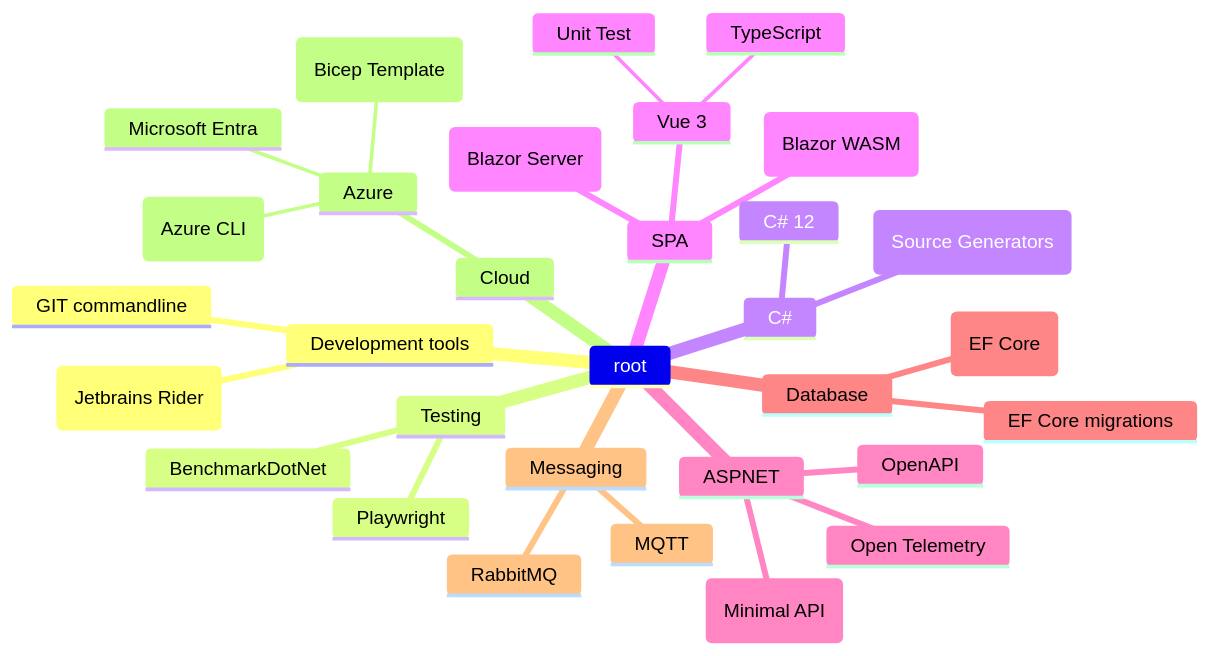
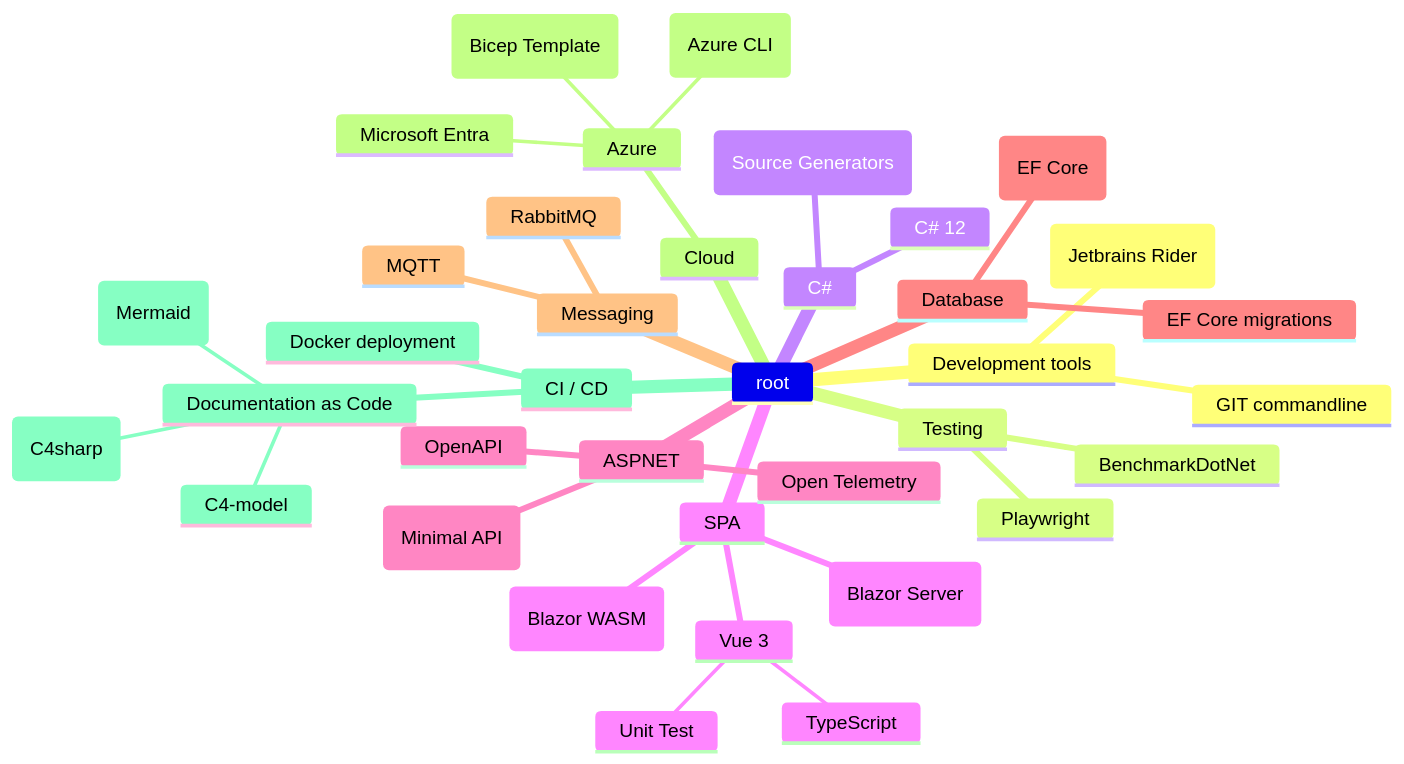
The second of 2 diagrams in README.md (renevdhoek/renevdhoek), drawn with Mermaid before and after one commit.

````diff
--- a/README.md
+++ b/README.md
@@ -11,34 +11,40 @@
 ```mermaid
 mindmap
   root
     Development tools      
         GIT commandline
         (Jetbrains Rider)
     Testing
       Playwright
       BenchmarkDotNet
     C#
       C# 12
       (Source Generators)
     SPA
       Vue 3
         Unit Test
         TypeScript
       (Blazor Server)
       (Blazor WASM)
     ASPNET
       (Minimal API)
       OpenAPI
       Open Telemetry
     Database
       EF Core migrations
       (EF Core)
     Messaging
       MQTT
       RabbitMQ
     Cloud
       Azure
         Microsoft Entra
         (Bicep Template)
         (Azure CLI)
+    CI / CD
+      Docker deployment
+      Documentation as Code
+        C4-model
+        (Mermaid)
+        (C4sharp)
 ```
````
